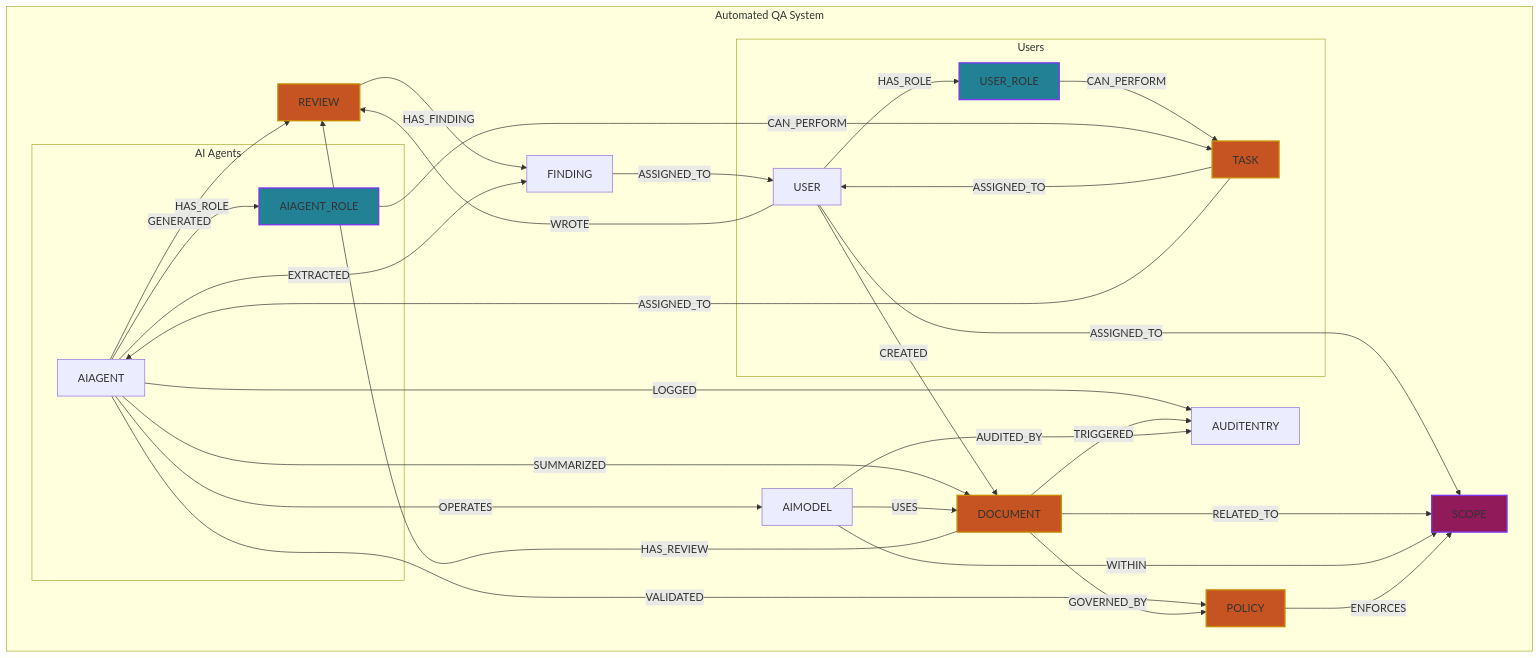
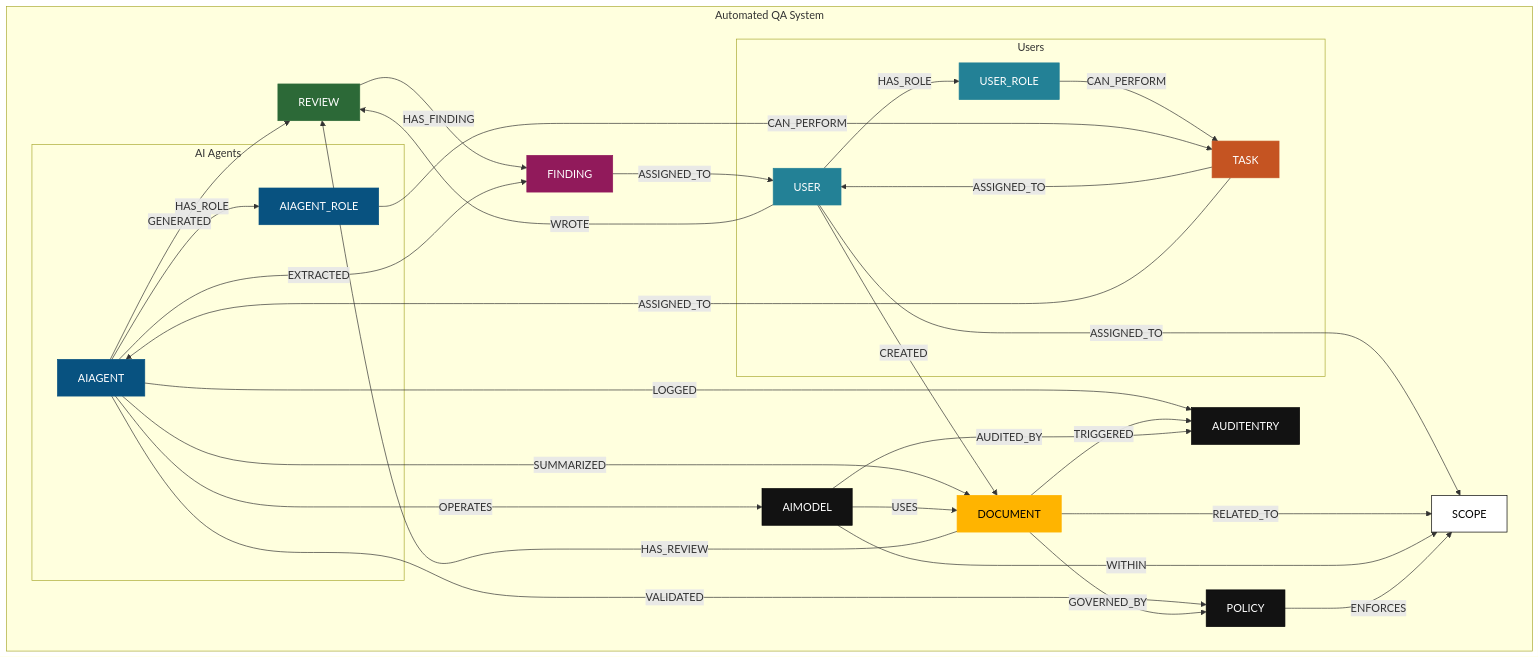
Before and after one commit to RudyMartin/genai-specs: the diagram in charts-v2-users.md, drawn with Mermaid.

````diff
--- a/charts-v2-users.md
+++ b/charts-v2-users.md
@@ -62,22 +62,35 @@
     TASK -->|ASSIGNED_TO| AIAGENT
   end
   end
+  
+
+%% === Corporate Palette Class Definitions ===
+classDef darkGreen fill:#05341D,stroke:#05341D,color:#FFFFFF;
+classDef offWhite fill:#EDEBE9,stroke:#EDEBE9,color:#000000;
+classDef blue fill:#085280,stroke:#085280,color:#FFFFFF;
+classDef white fill:#FFFFFF,stroke:#000000,color:#000000;
+classDef darkNeutral fill:#121212,stroke:#000000,color:#FFFFFF;
+
+classDef burntOrange fill:#C55422,stroke:#C55422,color:#FFFFFF;
+classDef teal fill:#238196,stroke:#238196,color:#FFFFFF;
+
+classDef mustardYellow fill:#FFB400,stroke:#FFB400,color:#000000;
+classDef forestGreen fill:#2C6937,stroke:#2C6937,color:#FFFFFF;
+classDef deepMagenta fill:#911A5B,stroke:#911A5B,color:#FFFFFF;
 
 
-  
-
-  %% === STYLE CLASSES ===
-  classDef titleStyle fill:#121212,stroke:#1e293b,stroke-width:2px;
-  classDef taskStyle fill:#C55422,stroke:#ca8a04,stroke-width:2px;
-  classDef roleStyle fill:#238196,stroke:#7c3aed,stroke-width:2px;
-  classDef documentStyle fill:#FFB400,stroke:#7c3aed,stroke-width:2px;
-  classDef reviewStyle fill:#2C6937,stroke:#7c3aed,stroke-width:2px;
-  classDef scopeStyle fill:#911A5B,stroke:#7c3aed,stroke-width:2px;
 
   %% === APPLY STYLES ===
-  class TITLE titleStyle
-  class TASK taskStyle
-  class USER_ROLE,AIAGENT_ROLE roleStyle
-  class REVIEW,DOCUMENT,POLICY taskStyle
-  class SCOPE scopeStyle
+  class USER teal
+  class USER_ROLE teal
+  class AIAGENT blue
+  class AIAGENT_ROLE blue
+  class TASK burntOrange
+  class DOCUMENT mustardYellow
+  class REVIEW forestGreen
+  class FINDING deepMagenta
+  class POLICY darkNeutral
+  class SCOPE white
+  class AUDITENTRY darkNeutral
+  class AIMODEL darkNeutral
 ```
````
